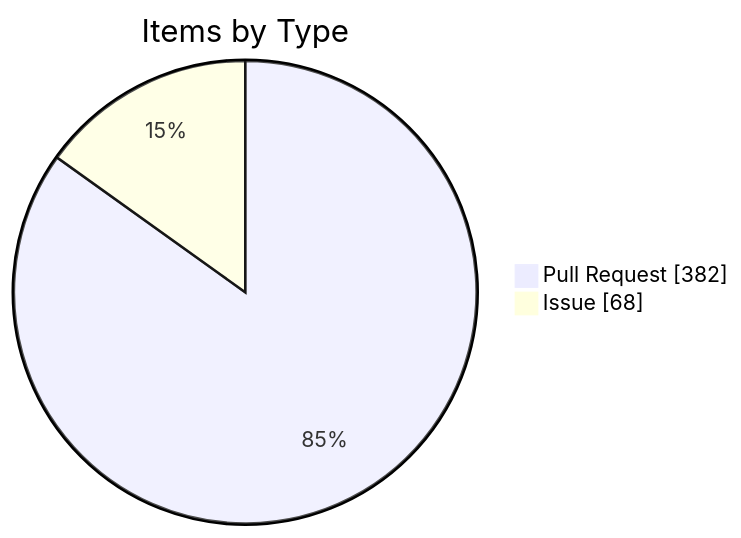
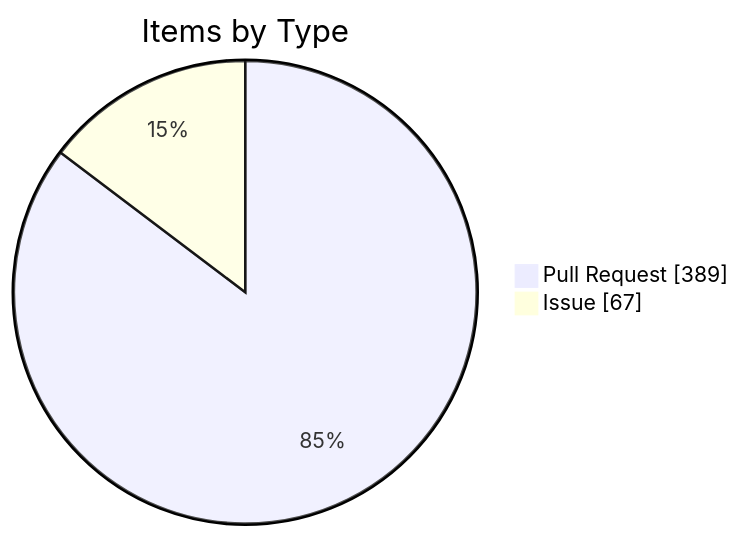
One commit to KBVE/kbve changed the fourth of 4 diagrams in apps/kbve/astro-kbve/src/content/docs/dashboard/kanban.mdx. Above: the diagram before and after it, drawn with Mermaid. The commit also changed other lines of this file and 7 other files, not shown here.

````diff
--- a/apps/kbve/astro-kbve/src/content/docs/dashboard/kanban.mdx
+++ b/apps/kbve/astro-kbve/src/content/docs/dashboard/kanban.mdx
@@ -116,6 +116,6 @@
 ```mermaid
 pie showData
     title Items by Type
-    "Pull Request" : 382
-    "Issue" : 68
+    "Pull Request" : 389
+    "Issue" : 67
 ```
````
